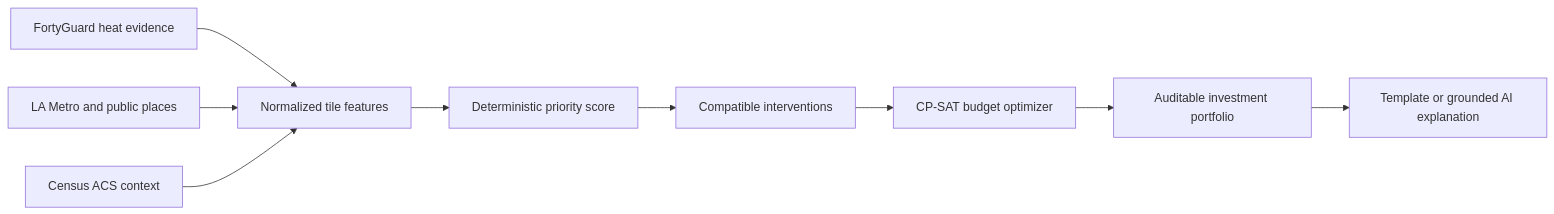
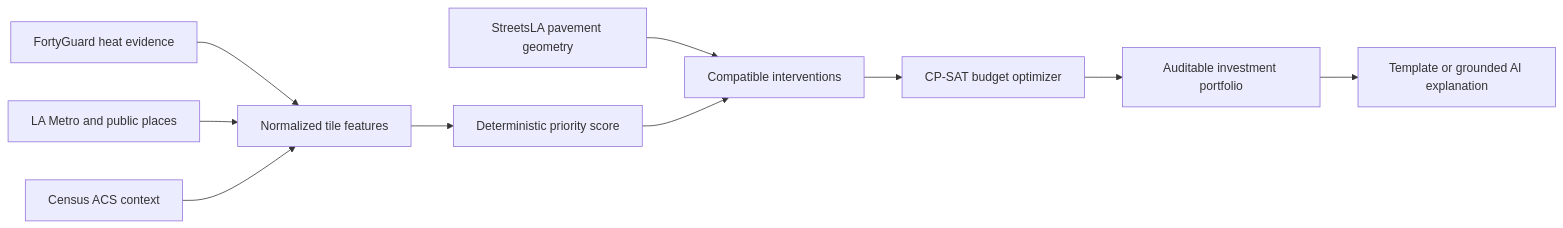
One commit to tarekamr737/COOLSPOT-AI changed the diagram in README.md. Above: the diagram before and after it, drawn with Mermaid. The commit also changed other lines of this file and 2 other files, not shown here.

````diff
--- a/README.md
+++ b/README.md
@@ -53,11 +56,12 @@
 ```mermaid
 flowchart LR
     A[FortyGuard heat evidence] --> D[Normalized tile features]
     B[LA Metro and public places] --> D
     C[Census ACS context] --> D
+    P[StreetsLA pavement geometry] --> F
     D --> E[Deterministic priority score]
     E --> F[Compatible interventions]
     F --> G[CP-SAT budget optimizer]
     G --> H[Auditable investment portfolio]
     H --> I[Template or grounded AI explanation]
 ```
````
